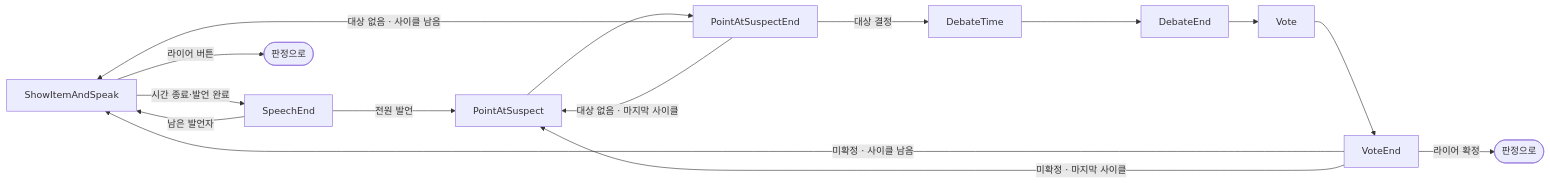
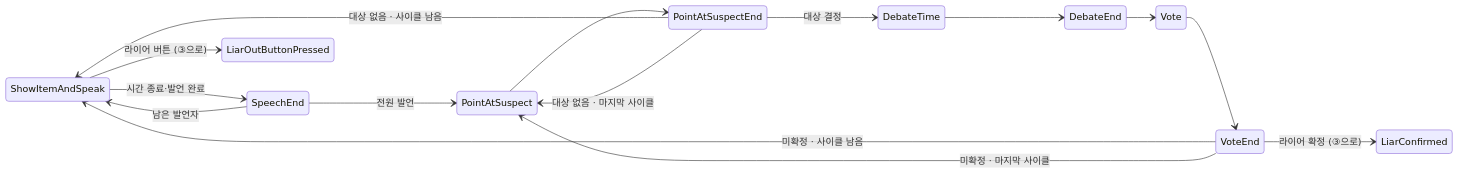
Before and after one commit to krr6606/krr6606.github.io: the fourth of 6 diagrams in src/2-sh-server/기술문서.md, drawn with Mermaid. The commit also changed other lines of this file and 7 other files, not shown here.

First line of the commit message:
문서 점검 반영: 답변으로 고민과 선택·결과·회고 채움, 제목·반복 정리, 다이어그램 추가·교체

````diff
--- a/src/2-sh-server/기술문서.md
+++ b/src/2-sh-server/기술문서.md
@@ -299,13 +301,18 @@
 ```mermaid
-flowchart LR
-    SI[ShowItemAndSpeak] -->|시간 종료·발언 완료| SE[SpeechEnd]
-    SE -->|남은 발언자| SI
-    SE -->|전원 발언| PA[PointAtSuspect] --> PE[PointAtSuspectEnd]
-    PE -->|대상 결정| DT[DebateTime] --> DE[DebateEnd] --> V[Vote] --> VE[VoteEnd]
-    PE -->|대상 없음 · 사이클 남음| SI
-    PE -->|대상 없음 · 마지막 사이클| PA
-    VE -->|미확정 · 사이클 남음| SI
-    VE -->|미확정 · 마지막 사이클| PA
-    VE -->|라이어 확정| LC([판정으로])
-    SI -->|라이어 버튼| LO([판정으로])
+stateDiagram-v2
+    direction LR
+    ShowItemAndSpeak --> SpeechEnd : 시간 종료·발언 완료
+    SpeechEnd --> ShowItemAndSpeak : 남은 발언자
+    SpeechEnd --> PointAtSuspect : 전원 발언
+    PointAtSuspect --> PointAtSuspectEnd
+    PointAtSuspectEnd --> DebateTime : 대상 결정
+    PointAtSuspectEnd --> ShowItemAndSpeak : 대상 없음 · 사이클 남음
+    PointAtSuspectEnd --> PointAtSuspect : 대상 없음 · 마지막 사이클
+    DebateTime --> DebateEnd
+    DebateEnd --> Vote
+    Vote --> VoteEnd
+    VoteEnd --> ShowItemAndSpeak : 미확정 · 사이클 남음
+    VoteEnd --> PointAtSuspect : 미확정 · 마지막 사이클
+    VoteEnd --> LiarConfirmed : 라이어 확정 (③으로)
+    ShowItemAndSpeak --> LiarOutButtonPressed : 라이어 버튼 (③으로)
 ```
````
